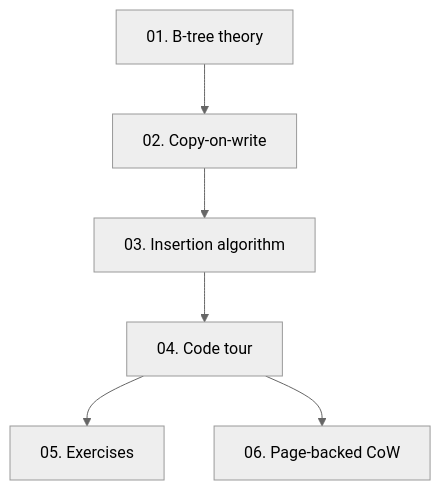
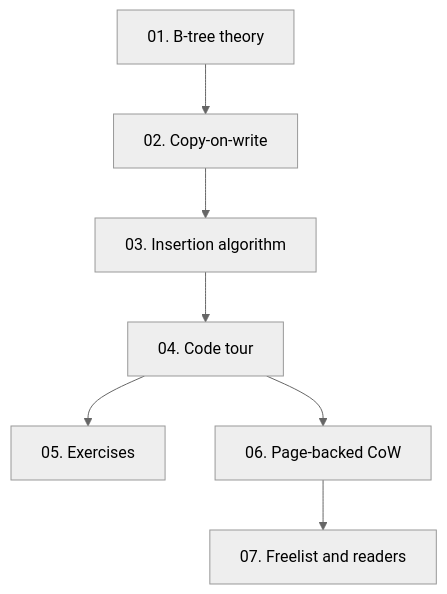
Before and after one commit to hadamrd/cow-btree-course: the diagram in docs/index.md, drawn with Mermaid (neutral theme). The commit also changed other lines of this file and 9 other files, not shown here.

````diff
--- a/docs/index.md
+++ b/docs/index.md
@@ -17,8 +17,9 @@
 ```mermaid
 flowchart TD
     A["01. B-tree theory"] --> B["02. Copy-on-write"]
     B --> C["03. Insertion algorithm"]
     C --> D["04. Code tour"]
     D --> E["05. Exercises"]
     D --> F["06. Page-backed CoW"]
+    F --> G["07. Freelist and readers"]
 ```
````
